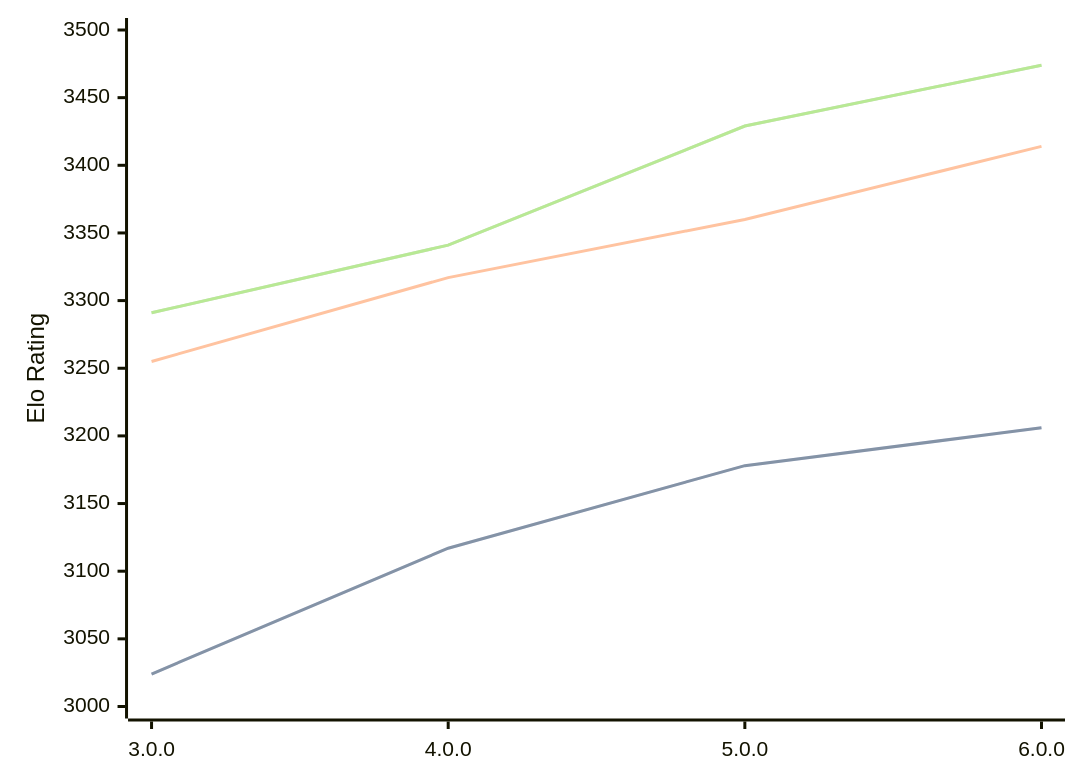
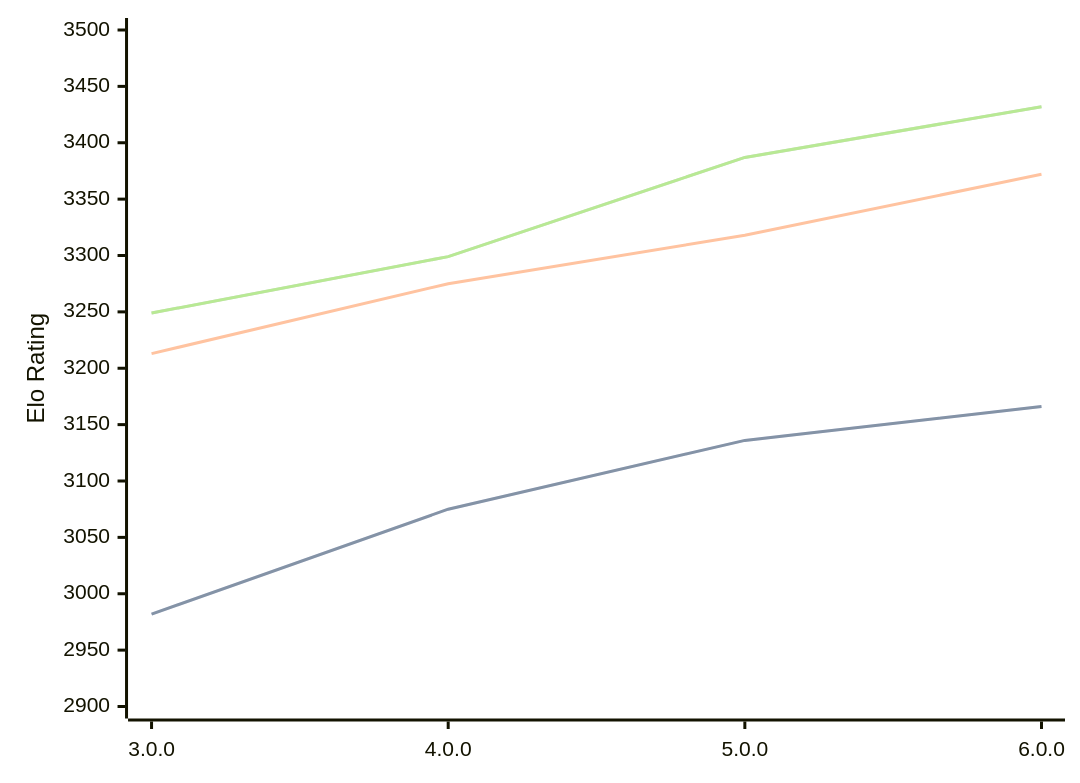
Before and after one commit to computer-chess-index/cci: the diagram in engines/Minke.md, drawn with Mermaid. The commit also changed other lines of this file, not shown here.

Commit message:
Update CCI Ratings (ELO VLTC) - 2026-05-19

````diff
--- a/engines/Minke.md
+++ b/engines/Minke.md
@@ -36,11 +36,11 @@
 ```mermaid
 %%{init: {"theme":"base","themeVariables":{"seriesColors:['#a3a3a3','#222221','#faa371']}}}%%
 xychart-beta
   x-axis ["3.0.0", "4.0.0", "5.0.0", "6.0.0"]
-  y-axis "Elo Rating" 3000 --> 3500
-  line "STC (8.0+0.08s)" [3024, 3117, 3178, 3206]
-  line "STC (8.0+0.08s)" [3024, 3117, 3178, 3206]
-  line "LTC (60.0+0.60s)" [3255, 3317, 3360, 3414]
-  line "VLTC (2m24s+1.12s)" [3291, 3341, 3429, 3474]
-  line "VLTC (2m24s+1.12s)" [3291, 3341, 3429, 3474]
+  y-axis "Elo Rating" 2900 --> 3500
+  line "STC (8.0+0.08s)" [2982, 3075, 3136, 3166]
+  line "STC (8.0+0.08s)" [2982, 3075, 3136, 3166]
+  line "LTC (60.0+0.60s)" [3213, 3275, 3318, 3372]
+  line "VLTC (2m24s+1.12s)" [3249, 3299, 3387, 3432]
+  line "VLTC (2m24s+1.12s)" [3249, 3299, 3387, 3432]
 ```
````
